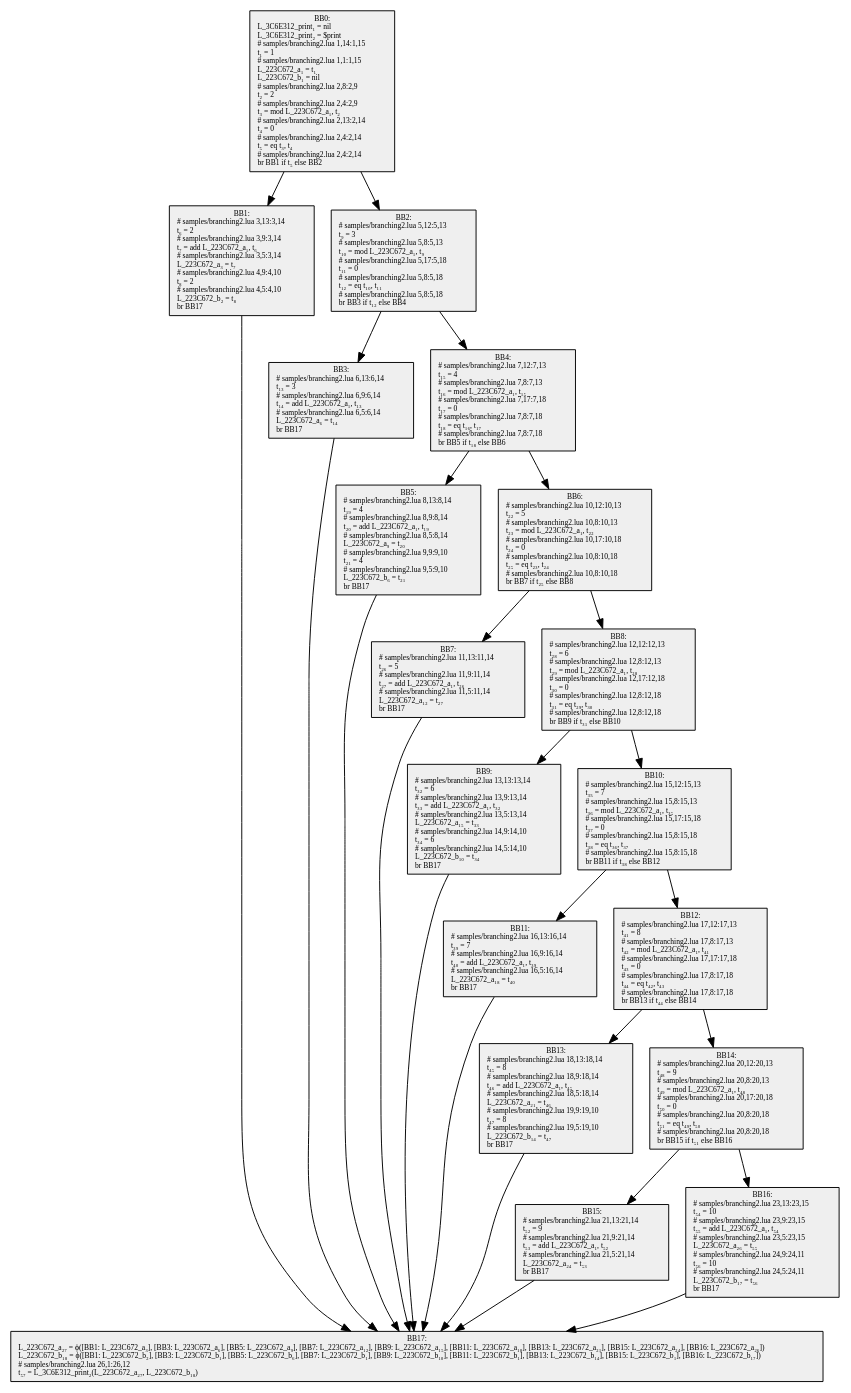
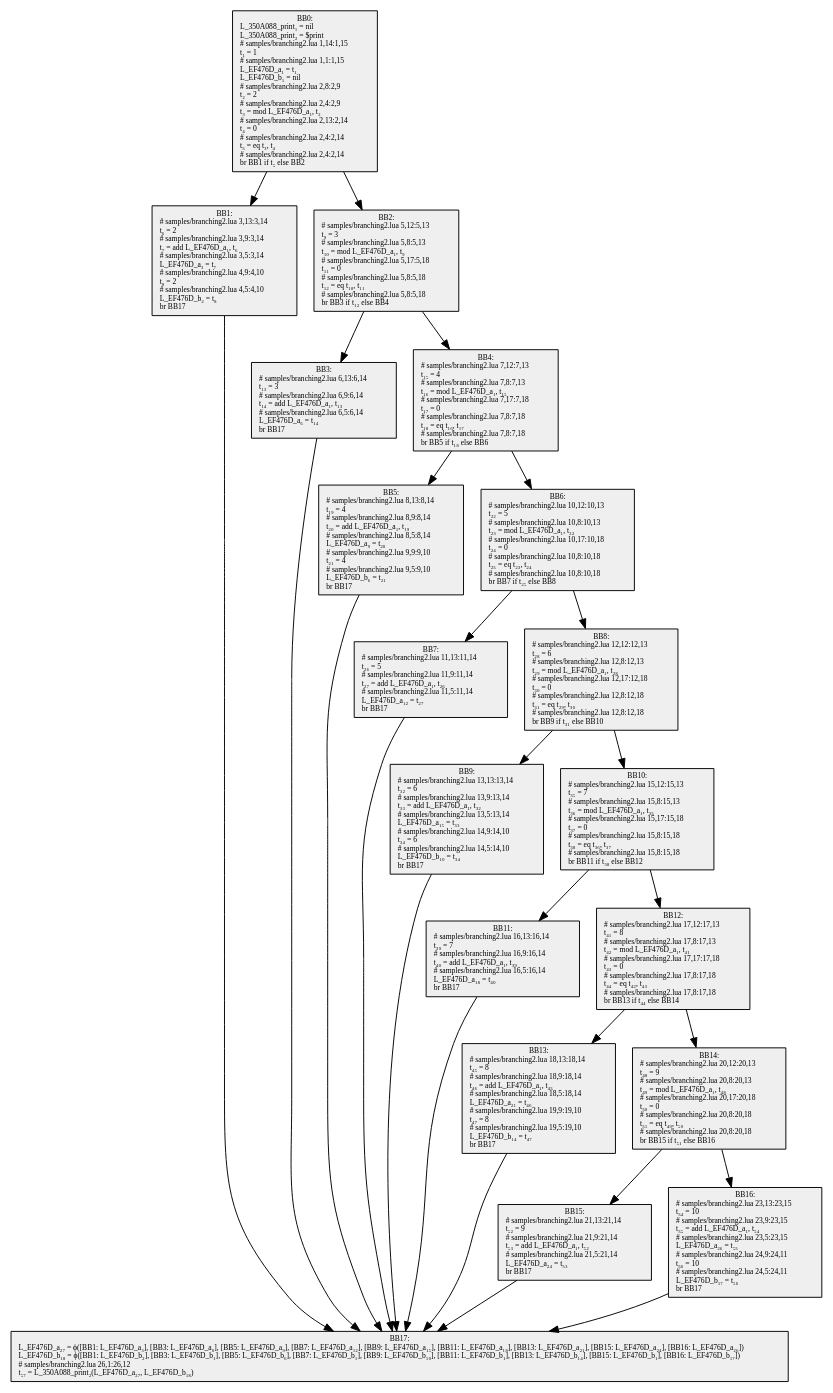
The diagram in src/SimpleCompiler.Cli/samples/obj/branching2.1.dot (GGG-KILLER/SimpleCompiler), drawn with Graphviz before and after one commit. The commit also changed 26 other files, not shown here.

```diff
--- a/src/SimpleCompiler.Cli/samples/obj/branching2.1.dot
+++ b/src/SimpleCompiler.Cli/samples/obj/branching2.1.dot
@@ -1,47 +1,47 @@
 digraph {
   node[shape=box style=filled fontsize=8 fontname="Cascadia Code" fillcolor="#efefef"];
-  BB0 [label="BB0:\nL_3C6E312_print₁ = nil\lL_3C6E312_print₂ = $print\l# samples/branching2.lua 1,14:1,15\lt₁ = 1\l# samples/branching2.lua 1,1:1,15\lL_223C672_a₁ = t₁\lL_223C672_b₁ = nil\l# samples/branching2.lua 2,8:2,9\lt₂ = 2\l# samples/branching2.lua 2,4:2,9\lt₃ = mod L_223C672_a₁, t₂\l# samples/branching2.lua 2,13:2,14\lt₄ = 0\l# samples/branching2.lua 2,4:2,14\lt₅ = eq t₃, t₄\l# samples/branching2.lua 2,4:2,14\lbr BB1 if t₅ else BB2\l"];
-  BB1 [label="BB1:\n# samples/branching2.lua 3,13:3,14\lt₆ = 2\l# samples/branching2.lua 3,9:3,14\lt₇ = add L_223C672_a₁, t₆\l# samples/branching2.lua 3,5:3,14\lL_223C672_a₃ = t₇\l# samples/branching2.lua 4,9:4,10\lt₈ = 2\l# samples/branching2.lua 4,5:4,10\lL_223C672_b₂ = t₈\lbr BB17\l"];
-  BB2 [label="BB2:\n# samples/branching2.lua 5,12:5,13\lt₉ = 3\l# samples/branching2.lua 5,8:5,13\lt₁₀ = mod L_223C672_a₁, t₉\l# samples/branching2.lua 5,17:5,18\lt₁₁ = 0\l# samples/branching2.lua 5,8:5,18\lt₁₂ = eq t₁₀, t₁₁\l# samples/branching2.lua 5,8:5,18\lbr BB3 if t₁₂ else BB4\l"];
-  BB3 [label="BB3:\n# samples/branching2.lua 6,13:6,14\lt₁₃ = 3\l# samples/branching2.lua 6,9:6,14\lt₁₄ = add L_223C672_a₁, t₁₃\l# samples/branching2.lua 6,5:6,14\lL_223C672_a₆ = t₁₄\lbr BB17\l"];
-  BB4 [label="BB4:\n# samples/branching2.lua 7,12:7,13\lt₁₅ = 4\l# samples/branching2.lua 7,8:7,13\lt₁₆ = mod L_223C672_a₁, t₁₅\l# samples/branching2.lua 7,17:7,18\lt₁₇ = 0\l# samples/branching2.lua 7,8:7,18\lt₁₈ = eq t₁₆, t₁₇\l# samples/branching2.lua 7,8:7,18\lbr BB5 if t₁₈ else BB6\l"];
-  BB5 [label="BB5:\n# samples/branching2.lua 8,13:8,14\lt₁₉ = 4\l# samples/branching2.lua 8,9:8,14\lt₂₀ = add L_223C672_a₁, t₁₉\l# samples/branching2.lua 8,5:8,14\lL_223C672_a₉ = t₂₀\l# samples/branching2.lua 9,9:9,10\lt₂₁ = 4\l# samples/branching2.lua 9,5:9,10\lL_223C672_b₆ = t₂₁\lbr BB17\l"];
-  BB6 [label="BB6:\n# samples/branching2.lua 10,12:10,13\lt₂₂ = 5\l# samples/branching2.lua 10,8:10,13\lt₂₃ = mod L_223C672_a₁, t₂₂\l# samples/branching2.lua 10,17:10,18\lt₂₄ = 0\l# samples/branching2.lua 10,8:10,18\lt₂₅ = eq t₂₃, t₂₄\l# samples/branching2.lua 10,8:10,18\lbr BB7 if t₂₅ else BB8\l"];
-  BB7 [label="BB7:\n# samples/branching2.lua 11,13:11,14\lt₂₆ = 5\l# samples/branching2.lua 11,9:11,14\lt₂₇ = add L_223C672_a₁, t₂₆\l# samples/branching2.lua 11,5:11,14\lL_223C672_a₁₂ = t₂₇\lbr BB17\l"];
-  BB8 [label="BB8:\n# samples/branching2.lua 12,12:12,13\lt₂₈ = 6\l# samples/branching2.lua 12,8:12,13\lt₂₉ = mod L_223C672_a₁, t₂₈\l# samples/branching2.lua 12,17:12,18\lt₃₀ = 0\l# samples/branching2.lua 12,8:12,18\lt₃₁ = eq t₂₉, t₃₀\l# samples/branching2.lua 12,8:12,18\lbr BB9 if t₃₁ else BB10\l"];
-  BB9 [label="BB9:\n# samples/branching2.lua 13,13:13,14\lt₃₂ = 6\l# samples/branching2.lua 13,9:13,14\lt₃₃ = add L_223C672_a₁, t₃₂\l# samples/branching2.lua 13,5:13,14\lL_223C672_a₁₅ = t₃₃\l# samples/branching2.lua 14,9:14,10\lt₃₄ = 6\l# samples/branching2.lua 14,5:14,10\lL_223C672_b₁₀ = t₃₄\lbr BB17\l"];
-  BB10 [label="BB10:\n# samples/branching2.lua 15,12:15,13\lt₃₅ = 7\l# samples/branching2.lua 15,8:15,13\lt₃₆ = mod L_223C672_a₁, t₃₅\l# samples/branching2.lua 15,17:15,18\lt₃₇ = 0\l# samples/branching2.lua 15,8:15,18\lt₃₈ = eq t₃₆, t₃₇\l# samples/branching2.lua 15,8:15,18\lbr BB11 if t₃₈ else BB12\l"];
-  BB11 [label="BB11:\n# samples/branching2.lua 16,13:16,14\lt₃₉ = 7\l# samples/branching2.lua 16,9:16,14\lt₄₀ = add L_223C672_a₁, t₃₉\l# samples/branching2.lua 16,5:16,14\lL_223C672_a₁₈ = t₄₀\lbr BB17\l"];
-  BB12 [label="BB12:\n# samples/branching2.lua 17,12:17,13\lt₄₁ = 8\l# samples/branching2.lua 17,8:17,13\lt₄₂ = mod L_223C672_a₁, t₄₁\l# samples/branching2.lua 17,17:17,18\lt₄₃ = 0\l# samples/branching2.lua 17,8:17,18\lt₄₄ = eq t₄₂, t₄₃\l# samples/branching2.lua 17,8:17,18\lbr BB13 if t₄₄ else BB14\l"];
-  BB13 [label="BB13:\n# samples/branching2.lua 18,13:18,14\lt₄₅ = 8\l# samples/branching2.lua 18,9:18,14\lt₄₆ = add L_223C672_a₁, t₄₅\l# samples/branching2.lua 18,5:18,14\lL_223C672_a₂₁ = t₄₆\l# samples/branching2.lua 19,9:19,10\lt₄₇ = 8\l# samples/branching2.lua 19,5:19,10\lL_223C672_b₁₄ = t₄₇\lbr BB17\l"];
-  BB14 [label="BB14:\n# samples/branching2.lua 20,12:20,13\lt₄₈ = 9\l# samples/branching2.lua 20,8:20,13\lt₄₉ = mod L_223C672_a₁, t₄₈\l# samples/branching2.lua 20,17:20,18\lt₅₀ = 0\l# samples/branching2.lua 20,8:20,18\lt₅₁ = eq t₄₉, t₅₀\l# samples/branching2.lua 20,8:20,18\lbr BB15 if t₅₁ else BB16\l"];
-  BB15 [label="BB15:\n# samples/branching2.lua 21,13:21,14\lt₅₂ = 9\l# samples/branching2.lua 21,9:21,14\lt₅₃ = add L_223C672_a₁, t₅₂\l# samples/branching2.lua 21,5:21,14\lL_223C672_a₂₄ = t₅₃\lbr BB17\l"];
-  BB16 [label="BB16:\n# samples/branching2.lua 23,13:23,15\lt₅₄ = 10\l# samples/branching2.lua 23,9:23,15\lt₅₅ = add L_223C672_a₁, t₅₄\l# samples/branching2.lua 23,5:23,15\lL_223C672_a₂₆ = t₅₅\l# samples/branching2.lua 24,9:24,11\lt₅₆ = 10\l# samples/branching2.lua 24,5:24,11\lL_223C672_b₁₇ = t₅₆\lbr BB17\l"];
-  BB17 [label="BB17:\nL_223C672_a₂₇ = ϕ([BB1: L_223C672_a₃], [BB3: L_223C672_a₆], [BB5: L_223C672_a₉], [BB7: L_223C672_a₁₂], [BB9: L_223C672_a₁₅], [BB11: L_223C672_a₁₈], [BB13: L_223C672_a₂₁], [BB15: L_223C672_a₂₄], [BB16: L_223C672_a₂₆])\lL_223C672_b₁₈ = ϕ([BB1: L_223C672_b₂], [BB3: L_223C672_b₁], [BB5: L_223C672_b₆], [BB7: L_223C672_b₁], [BB9: L_223C672_b₁₀], [BB11: L_223C672_b₁], [BB13: L_223C672_b₁₄], [BB15: L_223C672_b₁], [BB16: L_223C672_b₁₇])\l# samples/branching2.lua 26,1:26,12\lt₅₇ = L_3C6E312_print₂(L_223C672_a₂₇, L_223C672_b₁₈)\l"];
+  BB0 [label="BB0:\nL_350A088_print₁ = nil\lL_350A088_print₂ = $print\l# samples/branching2.lua 1,14:1,15\lt₁ = 1\l# samples/branching2.lua 1,1:1,15\lL_EF476D_a₁ = t₁\lL_EF476D_b₁ = nil\l# samples/branching2.lua 2,8:2,9\lt₂ = 2\l# samples/branching2.lua 2,4:2,9\lt₃ = mod L_EF476D_a₁, t₂\l# samples/branching2.lua 2,13:2,14\lt₄ = 0\l# samples/branching2.lua 2,4:2,14\lt₅ = eq t₃, t₄\l# samples/branching2.lua 2,4:2,14\lbr BB1 if t₅ else BB2\l"];
+  BB1 [label="BB1:\n# samples/branching2.lua 3,13:3,14\lt₆ = 2\l# samples/branching2.lua 3,9:3,14\lt₇ = add L_EF476D_a₁, t₆\l# samples/branching2.lua 3,5:3,14\lL_EF476D_a₃ = t₇\l# samples/branching2.lua 4,9:4,10\lt₈ = 2\l# samples/branching2.lua 4,5:4,10\lL_EF476D_b₂ = t₈\lbr BB17\l"];
+  BB2 [label="BB2:\n# samples/branching2.lua 5,12:5,13\lt₉ = 3\l# samples/branching2.lua 5,8:5,13\lt₁₀ = mod L_EF476D_a₁, t₉\l# samples/branching2.lua 5,17:5,18\lt₁₁ = 0\l# samples/branching2.lua 5,8:5,18\lt₁₂ = eq t₁₀, t₁₁\l# samples/branching2.lua 5,8:5,18\lbr BB3 if t₁₂ else BB4\l"];
+  BB3 [label="BB3:\n# samples/branching2.lua 6,13:6,14\lt₁₃ = 3\l# samples/branching2.lua 6,9:6,14\lt₁₄ = add L_EF476D_a₁, t₁₃\l# samples/branching2.lua 6,5:6,14\lL_EF476D_a₆ = t₁₄\lbr BB17\l"];
+  BB4 [label="BB4:\n# samples/branching2.lua 7,12:7,13\lt₁₅ = 4\l# samples/branching2.lua 7,8:7,13\lt₁₆ = mod L_EF476D_a₁, t₁₅\l# samples/branching2.lua 7,17:7,18\lt₁₇ = 0\l# samples/branching2.lua 7,8:7,18\lt₁₈ = eq t₁₆, t₁₇\l# samples/branching2.lua 7,8:7,18\lbr BB5 if t₁₈ else BB6\l"];
+  BB5 [label="BB5:\n# samples/branching2.lua 8,13:8,14\lt₁₉ = 4\l# samples/branching2.lua 8,9:8,14\lt₂₀ = add L_EF476D_a₁, t₁₉\l# samples/branching2.lua 8,5:8,14\lL_EF476D_a₉ = t₂₀\l# samples/branching2.lua 9,9:9,10\lt₂₁ = 4\l# samples/branching2.lua 9,5:9,10\lL_EF476D_b₆ = t₂₁\lbr BB17\l"];
+  BB6 [label="BB6:\n# samples/branching2.lua 10,12:10,13\lt₂₂ = 5\l# samples/branching2.lua 10,8:10,13\lt₂₃ = mod L_EF476D_a₁, t₂₂\l# samples/branching2.lua 10,17:10,18\lt₂₄ = 0\l# samples/branching2.lua 10,8:10,18\lt₂₅ = eq t₂₃, t₂₄\l# samples/branching2.lua 10,8:10,18\lbr BB7 if t₂₅ else BB8\l"];
+  BB7 [label="BB7:\n# samples/branching2.lua 11,13:11,14\lt₂₆ = 5\l# samples/branching2.lua 11,9:11,14\lt₂₇ = add L_EF476D_a₁, t₂₆\l# samples/branching2.lua 11,5:11,14\lL_EF476D_a₁₂ = t₂₇\lbr BB17\l"];
+  BB8 [label="BB8:\n# samples/branching2.lua 12,12:12,13\lt₂₈ = 6\l# samples/branching2.lua 12,8:12,13\lt₂₉ = mod L_EF476D_a₁, t₂₈\l# samples/branching2.lua 12,17:12,18\lt₃₀ = 0\l# samples/branching2.lua 12,8:12,18\lt₃₁ = eq t₂₉, t₃₀\l# samples/branching2.lua 12,8:12,18\lbr BB9 if t₃₁ else BB10\l"];
+  BB9 [label="BB9:\n# samples/branching2.lua 13,13:13,14\lt₃₂ = 6\l# samples/branching2.lua 13,9:13,14\lt₃₃ = add L_EF476D_a₁, t₃₂\l# samples/branching2.lua 13,5:13,14\lL_EF476D_a₁₅ = t₃₃\l# samples/branching2.lua 14,9:14,10\lt₃₄ = 6\l# samples/branching2.lua 14,5:14,10\lL_EF476D_b₁₀ = t₃₄\lbr BB17\l"];
+  BB10 [label="BB10:\n# samples/branching2.lua 15,12:15,13\lt₃₅ = 7\l# samples/branching2.lua 15,8:15,13\lt₃₆ = mod L_EF476D_a₁, t₃₅\l# samples/branching2.lua 15,17:15,18\lt₃₇ = 0\l# samples/branching2.lua 15,8:15,18\lt₃₈ = eq t₃₆, t₃₇\l# samples/branching2.lua 15,8:15,18\lbr BB11 if t₃₈ else BB12\l"];
+  BB11 [label="BB11:\n# samples/branching2.lua 16,13:16,14\lt₃₉ = 7\l# samples/branching2.lua 16,9:16,14\lt₄₀ = add L_EF476D_a₁, t₃₉\l# samples/branching2.lua 16,5:16,14\lL_EF476D_a₁₈ = t₄₀\lbr BB17\l"];
+  BB12 [label="BB12:\n# samples/branching2.lua 17,12:17,13\lt₄₁ = 8\l# samples/branching2.lua 17,8:17,13\lt₄₂ = mod L_EF476D_a₁, t₄₁\l# samples/branching2.lua 17,17:17,18\lt₄₃ = 0\l# samples/branching2.lua 17,8:17,18\lt₄₄ = eq t₄₂, t₄₃\l# samples/branching2.lua 17,8:17,18\lbr BB13 if t₄₄ else BB14\l"];
+  BB13 [label="BB13:\n# samples/branching2.lua 18,13:18,14\lt₄₅ = 8\l# samples/branching2.lua 18,9:18,14\lt₄₆ = add L_EF476D_a₁, t₄₅\l# samples/branching2.lua 18,5:18,14\lL_EF476D_a₂₁ = t₄₆\l# samples/branching2.lua 19,9:19,10\lt₄₇ = 8\l# samples/branching2.lua 19,5:19,10\lL_EF476D_b₁₄ = t₄₇\lbr BB17\l"];
+  BB14 [label="BB14:\n# samples/branching2.lua 20,12:20,13\lt₄₈ = 9\l# samples/branching2.lua 20,8:20,13\lt₄₉ = mod L_EF476D_a₁, t₄₈\l# samples/branching2.lua 20,17:20,18\lt₅₀ = 0\l# samples/branching2.lua 20,8:20,18\lt₅₁ = eq t₄₉, t₅₀\l# samples/branching2.lua 20,8:20,18\lbr BB15 if t₅₁ else BB16\l"];
+  BB15 [label="BB15:\n# samples/branching2.lua 21,13:21,14\lt₅₂ = 9\l# samples/branching2.lua 21,9:21,14\lt₅₃ = add L_EF476D_a₁, t₅₂\l# samples/branching2.lua 21,5:21,14\lL_EF476D_a₂₄ = t₅₃\lbr BB17\l"];
+  BB16 [label="BB16:\n# samples/branching2.lua 23,13:23,15\lt₅₄ = 10\l# samples/branching2.lua 23,9:23,15\lt₅₅ = add L_EF476D_a₁, t₅₄\l# samples/branching2.lua 23,5:23,15\lL_EF476D_a₂₆ = t₅₅\l# samples/branching2.lua 24,9:24,11\lt₅₆ = 10\l# samples/branching2.lua 24,5:24,11\lL_EF476D_b₁₇ = t₅₆\lbr BB17\l"];
+  BB17 [label="BB17:\nL_EF476D_a₂₇ = ϕ([BB1: L_EF476D_a₃], [BB3: L_EF476D_a₆], [BB5: L_EF476D_a₉], [BB7: L_EF476D_a₁₂], [BB9: L_EF476D_a₁₅], [BB11: L_EF476D_a₁₈], [BB13: L_EF476D_a₂₁], [BB15: L_EF476D_a₂₄], [BB16: L_EF476D_a₂₆])\lL_EF476D_b₁₈ = ϕ([BB1: L_EF476D_b₂], [BB3: L_EF476D_b₁], [BB5: L_EF476D_b₆], [BB7: L_EF476D_b₁], [BB9: L_EF476D_b₁₀], [BB11: L_EF476D_b₁], [BB13: L_EF476D_b₁₄], [BB15: L_EF476D_b₁], [BB16: L_EF476D_b₁₇])\l# samples/branching2.lua 26,1:26,12\lt₅₇ = L_350A088_print₂(L_EF476D_a₂₇, L_EF476D_b₁₈)\l"];
 
   BB0 -> BB1;
   BB0 -> BB2;
   BB2 -> BB3;
   BB2 -> BB4;
   BB4 -> BB5;
   BB4 -> BB6;
   BB6 -> BB7;
   BB6 -> BB8;
   BB8 -> BB9;
   BB8 -> BB10;
   BB10 -> BB11;
   BB10 -> BB12;
   BB12 -> BB13;
   BB12 -> BB14;
   BB14 -> BB15;
   BB14 -> BB16;
   BB1 -> BB17;
   BB3 -> BB17;
   BB5 -> BB17;
   BB7 -> BB17;
   BB9 -> BB17;
   BB11 -> BB17;
   BB13 -> BB17;
   BB15 -> BB17;
   BB16 -> BB17;
 }
```
